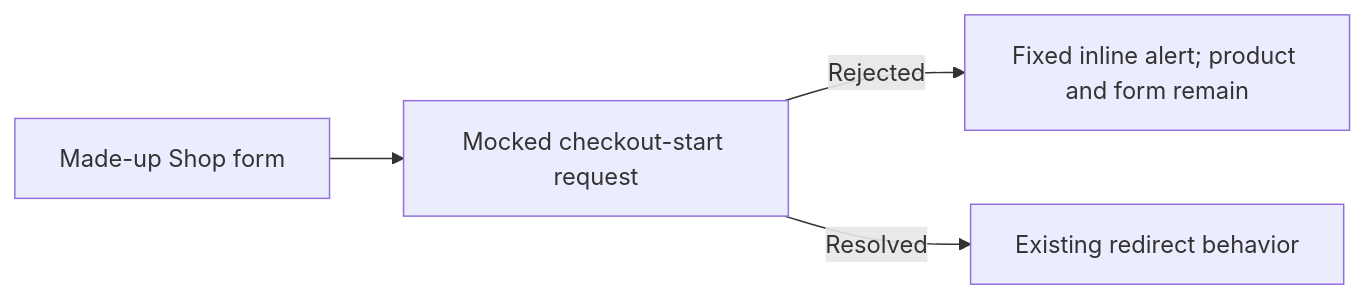
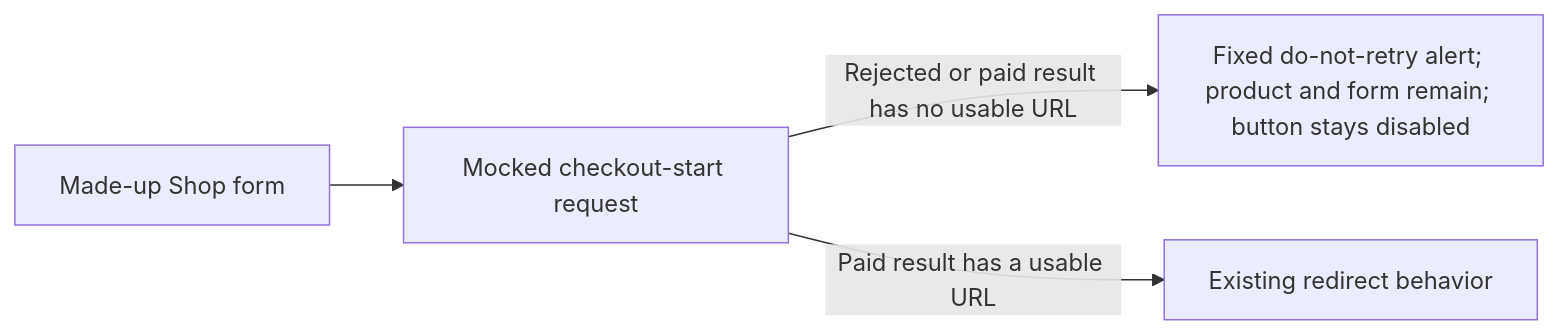
One commit to Run-MPRC/Run-MPRC.github.io changed diagram 20 of 34 in docs/officers/EVENTS_SHOP_MEMBERS.md. Above: the diagram before and after it, drawn with Mermaid. The commit also changed other lines of this file and 13 other files, not shown here.

````diff
--- a/docs/officers/EVENTS_SHOP_MEMBERS.md
+++ b/docs/officers/EVENTS_SHOP_MEMBERS.md
@@ -1150,6 +1210,6 @@
 ```mermaid
 flowchart LR
     A["Made-up Shop form"] --> B["Mocked checkout-start request"]
-    B -- "Rejected" --> C["Fixed inline alert; product and form remain"]
-    B -- "Resolved" --> D["Existing redirect behavior"]
+    B -- "Rejected or paid result has no usable URL" --> C["Fixed do-not-retry alert; product and form remain; button stays disabled"]
+    B -- "Paid result has a usable URL" --> D["Existing redirect behavior"]
 ```
````
